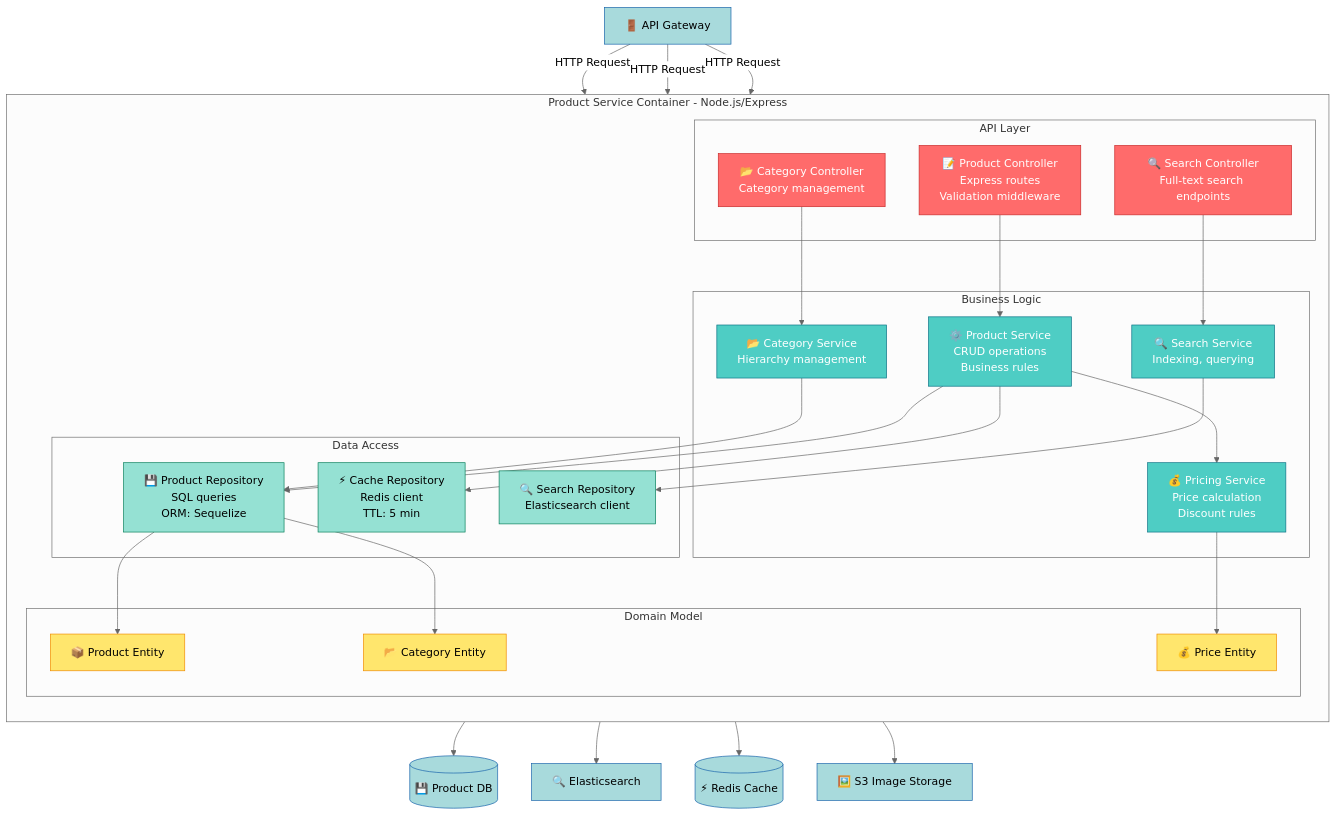
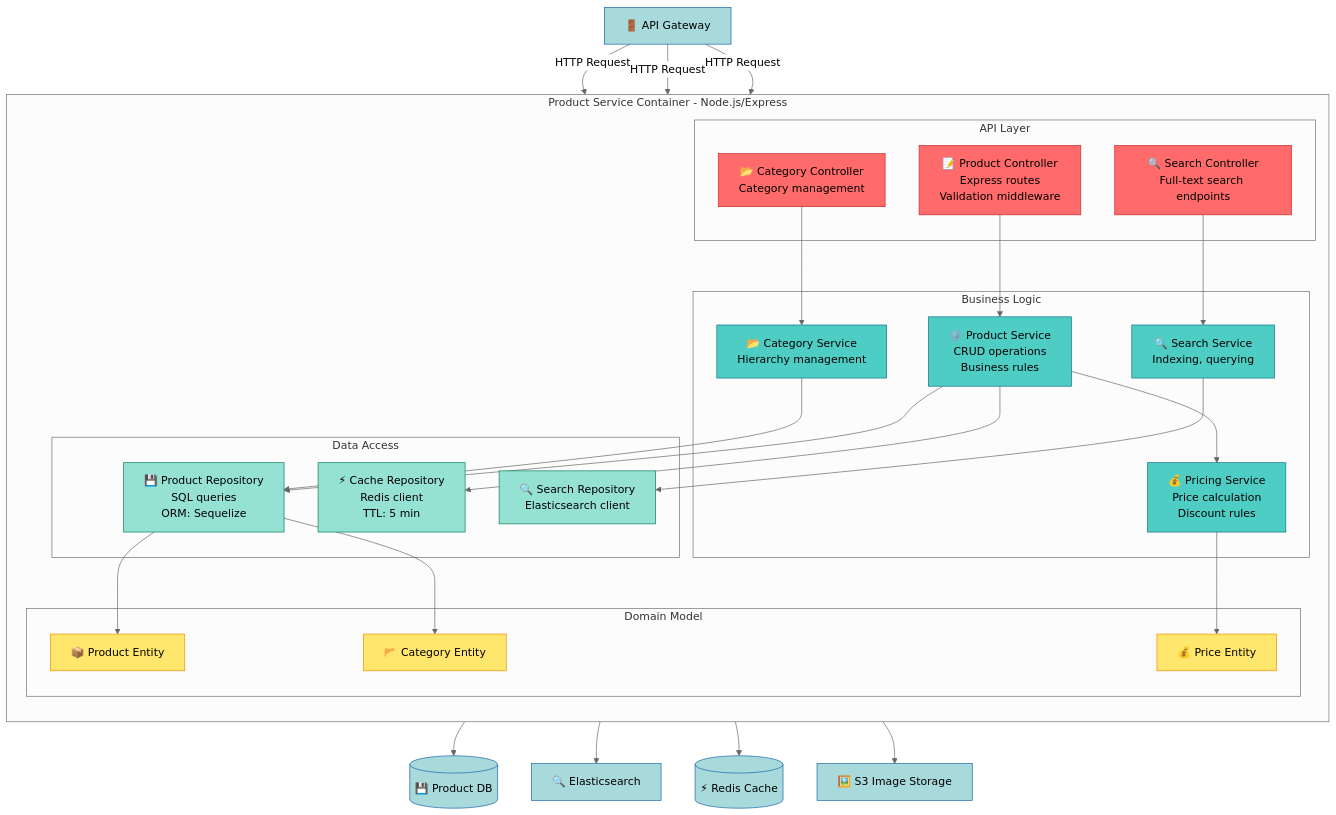
The third of 15 diagrams in .agents/skills/mermaid-architect/references/guides/diagrams/architecture-diagrams.md (wienans/example-repo), drawn with Mermaid (neutral theme) before and after one commit. The commit also changed other lines of this file and 58 other files, not shown here.

First line of the commit message:
feat(skills): merge mastery-of-mermaid into mermaid-architect

````diff
--- a/.agents/skills/mermaid-architect/references/guides/diagrams/architecture-diagrams.md
+++ b/.agents/skills/mermaid-architect/references/guides/diagrams/architecture-diagrams.md
@@ -212,72 +212,72 @@
 ```mermaid
 graph TB
     APIGateway[🚪 API Gateway]
     ProductDB[(💾 Product DB)]
     SearchEngine[🔍 Elasticsearch]
     ImageStorage[🖼️ S3 Image Storage]
     CacheLayer[(⚡ Redis Cache)]
 
     subgraph "Product Service Container - Node.js/Express"
         direction TB
 
         subgraph "API Layer"
             ProductController[📝 Product Controller<br/>Express routes<br/>Validation middleware]
             SearchController[🔍 Search Controller<br/>Full-text search endpoints]
             CategoryController[📂 Category Controller<br/>Category management]
         end
 
         subgraph "Business Logic"
             ProductService[⚙️ Product Service<br/>CRUD operations<br/>Business rules]
             SearchService[🔍 Search Service<br/>Indexing, querying]
             CategoryService[📂 Category Service<br/>Hierarchy management]
             PricingService[💰 Pricing Service<br/>Price calculation<br/>Discount rules]
         end
 
         subgraph "Data Access"
             ProductRepo[💾 Product Repository<br/>SQL queries<br/>ORM: Sequelize]
             SearchRepo[🔍 Search Repository<br/>Elasticsearch client]
             CacheRepo[⚡ Cache Repository<br/>Redis client<br/>TTL: 5 min]
         end
 
         subgraph "Domain Model"
             Product[📦 Product Entity]
             Category[📂 Category Entity]
             Price[💰 Price Entity]
         end
     end
 
     APIGateway -->|HTTP Request| ProductController
     APIGateway -->|HTTP Request| SearchController
     APIGateway -->|HTTP Request| CategoryController
 
     ProductController --> ProductService
     SearchController --> SearchService
     CategoryController --> CategoryService
 
     ProductService --> PricingService
     ProductService --> ProductRepo
     ProductService --> CacheRepo
     SearchService --> SearchRepo
     CategoryService --> ProductRepo
 
     ProductRepo --> Product
     ProductRepo --> Category
     PricingService --> Price
 
     ProductRepo --> ProductDB
     SearchRepo --> SearchEngine
     CacheRepo --> CacheLayer
     ProductService --> ImageStorage
 
-    classDef controller fill:#FF6B6B,stroke:#C92A2A,color:#fff
-    classDef service fill:#4ECDC4,stroke:#0B7285,color:#fff
+    classDef controller fill:#FF6B6B,stroke:#C92A2A,color:#000
+    classDef service fill:#4ECDC4,stroke:#0B7285,color:#000
     classDef repo fill:#95E1D3,stroke:#087F5B,color:#000
     classDef model fill:#FFE66D,stroke:#F08C00,color:#000
     classDef external fill:#A8DADC,stroke:#1864AB,color:#000
 
     class ProductController,SearchController,CategoryController controller
     class ProductService,SearchService,CategoryService,PricingService service
     class ProductRepo,SearchRepo,CacheRepo repo
     class Product,Category,Price model
     class ProductDB,SearchEngine,ImageStorage,CacheLayer,APIGateway external
 ```
````
